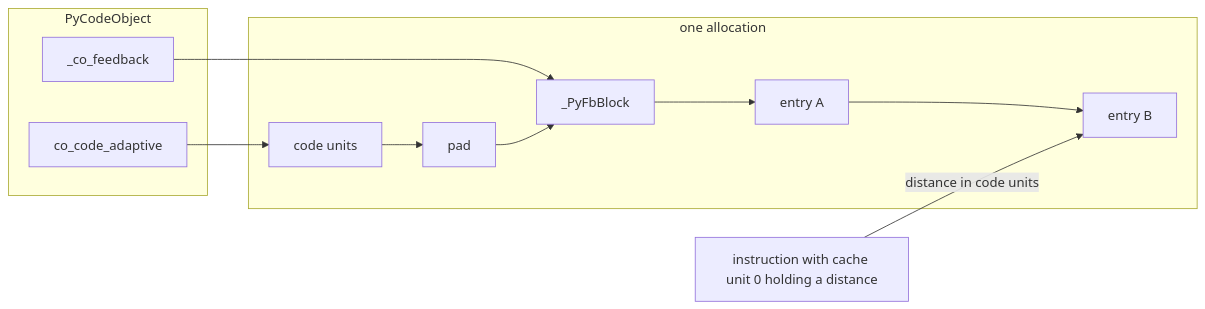
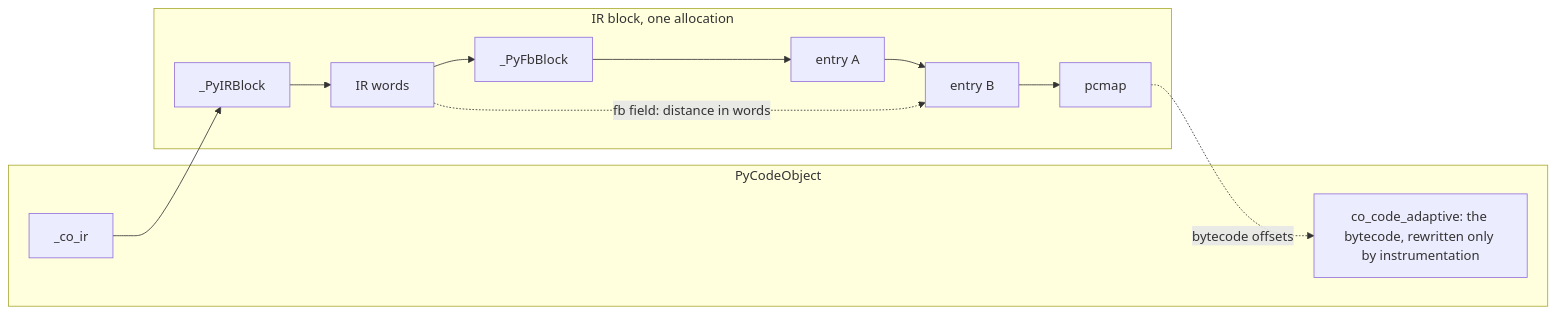
Before and after one commit to rjpower/cpython: the fourth of 7 diagrams in boil/PR.md, drawn with Mermaid. The commit also changed other lines of this file, not shown here.

````diff
--- a/boil/PR.md
+++ b/boil/PR.md
@@ -108,18 +228,19 @@
 ```mermaid
 flowchart LR
     subgraph code["PyCodeObject"]
-        cf["_co_feedback"]
-        cu["co_code_adaptive"]
+        ir["_co_ir"]
+        cu["co_code_adaptive: the bytecode, rewritten only by instrumentation"]
     end
-    subgraph alloc["one allocation"]
-        units["code units"]
-        pad["pad"]
+    subgraph alloc["IR block, one allocation"]
+        hdr["_PyIRBlock"]
+        words["IR words"]
         blk["_PyFbBlock"]
         e1["entry A"]
         e2["entry B"]
+        pc["pcmap"]
     end
-    cu --> units
-    cf --> blk
-    units --> pad --> blk --> e1 --> e2
-    inst["instruction with cache unit 0 holding a distance"] --> |distance in code units| e2
+    ir --> hdr
+    hdr --> words --> blk --> e1 --> e2 --> pc
+    words -.->|fb field: distance in words| e2
+    pc -.->|bytecode offsets| cu
 ```
````
